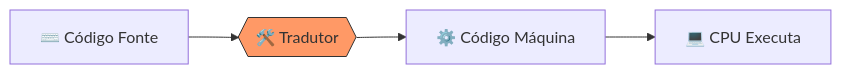
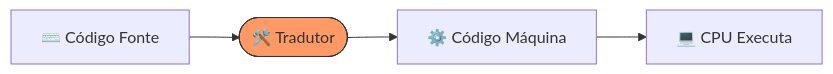
Before and after one commit to ricardotecpro/ads_mod_01_fundamentos_da_computacao: the diagram in docs/aulas/aula-16.md, drawn with Mermaid. The commit also changed 7 other files, not shown here.

````diff
--- a/docs/aulas/aula-16.md
+++ b/docs/aulas/aula-16.md
@@ -35,7 +35,7 @@
 ```mermaid
 graph LR
-    A["⌨️ Código Fonte"] --> B{{"🛠️ Tradutor"}}
+    A["⌨️ Código Fonte"] --> B(["🛠️ Tradutor"])
     B --> C["⚙️ Código Máquina"]
     C --> D["💻 CPU Executa"]
     style B fill:#f96,stroke:#333
 ```
````
